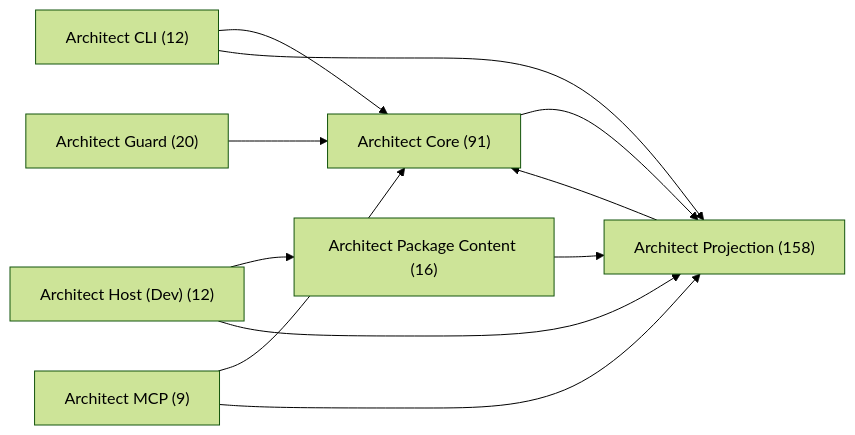
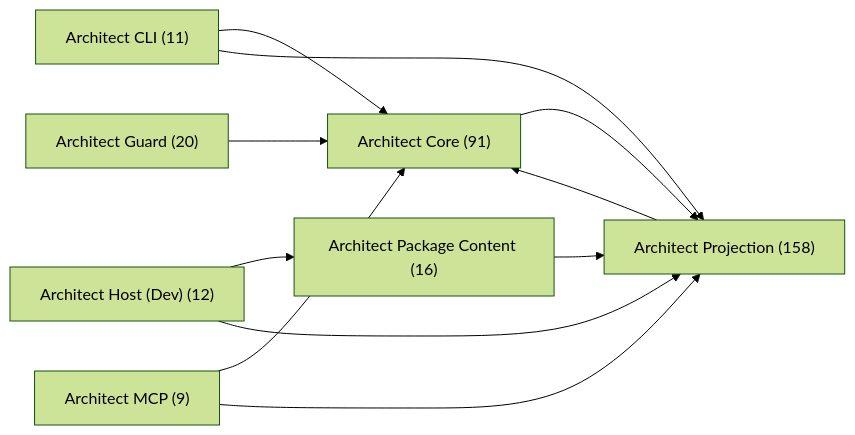
The first of 8 diagrams in docs-live/architecture/package-seam.md (libar-dev/architect), drawn with Mermaid (forest theme) before and after one commit. The commit also changed other lines of this file and 20 other files, not shown here.

````diff
--- a/docs-live/architecture/package-seam.md
+++ b/docs-live/architecture/package-seam.md
@@ -18,20 +18,20 @@
 ```mermaid
 graph LR
-  pkg_architect_cli["Architect CLI (12)"]
+  pkg_architect_cli["Architect CLI (11)"]
   pkg_architect_core["Architect Core (91)"]
   pkg_architect_guard["Architect Guard (20)"]
   pkg_architect_host_dev["Architect Host (Dev) (12)"]
   pkg_architect_mcp["Architect MCP (9)"]
   pkg_architect_package_content["Architect Package Content (16)"]
   pkg_architect_projection["Architect Projection (158)"]
   pkg_architect_cli --> pkg_architect_core
   pkg_architect_cli --> pkg_architect_projection
   pkg_architect_core --> pkg_architect_projection
   pkg_architect_guard --> pkg_architect_core
   pkg_architect_host_dev --> pkg_architect_package_content
   pkg_architect_host_dev --> pkg_architect_projection
   pkg_architect_mcp --> pkg_architect_core
   pkg_architect_mcp --> pkg_architect_projection
   pkg_architect_package_content --> pkg_architect_projection
   pkg_architect_projection --> pkg_architect_core
 ```
````
